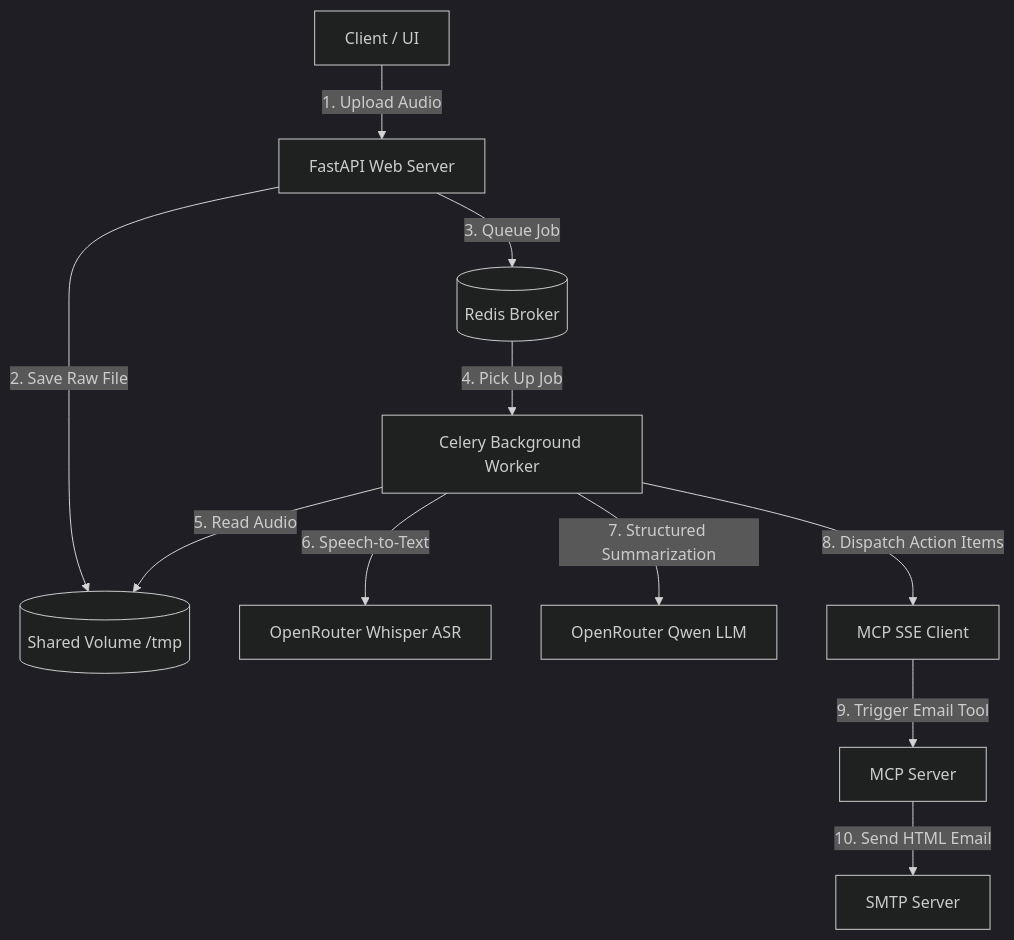
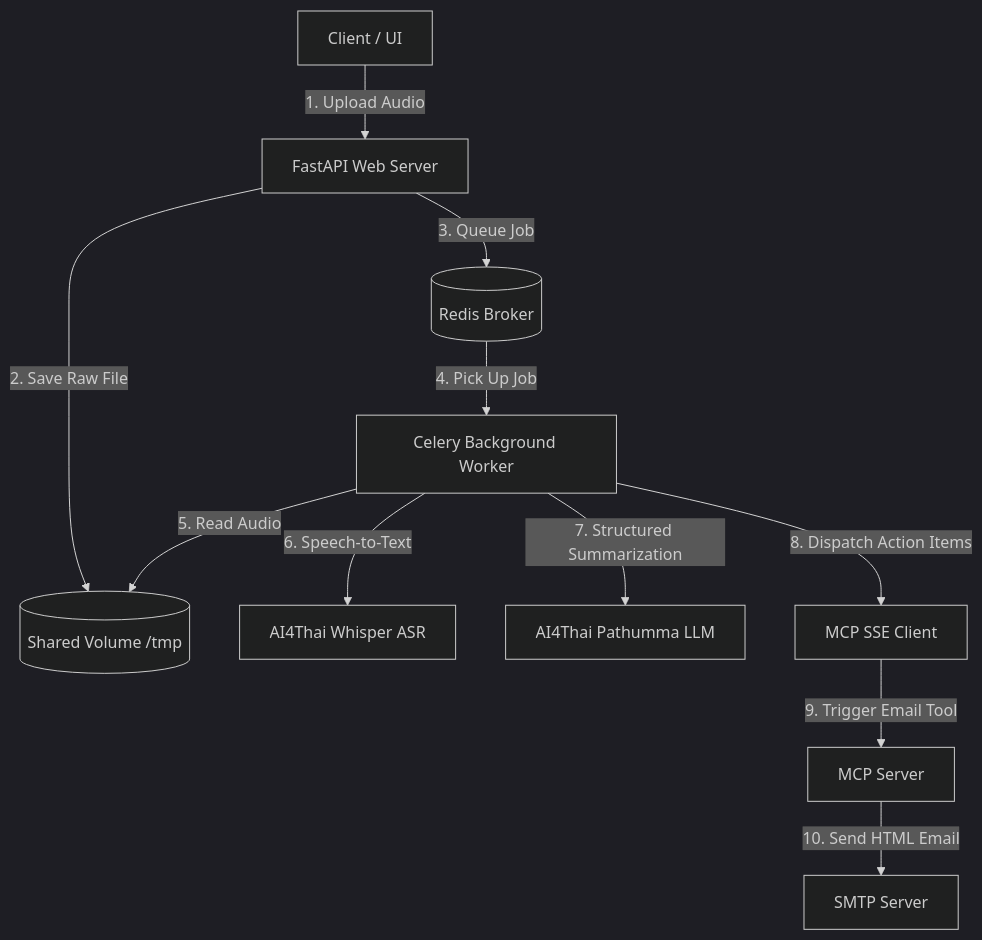
Before and after one commit to PaweekornS/SARA: the diagram in README.md, drawn with Mermaid (dark theme). The commit also changed other lines of this file and 3 other files, not shown here.

````diff
--- a/README.md
+++ b/README.md
@@ -7,13 +7,13 @@
 ```mermaid
 graph TD
     Client[Client / UI] -->|1. Upload Audio| API[FastAPI Web Server]
     API -->|2. Save Raw File| SharedTmp[(Shared Volume /tmp)]
     API -->|3. Queue Job| Redis[(Redis Broker)]
     Redis -->|4. Pick Up Job| Worker[Celery Background Worker]
     Worker -->|5. Read Audio| SharedTmp
-    Worker -->|6. Speech-to-Text| OpenRouterASR[OpenRouter Whisper ASR]
-    Worker -->|7. Structured Summarization| OpenRouterLLM[OpenRouter Qwen LLM]
+    Worker -->|6. Speech-to-Text| AI4ThaiASR[AI4Thai Whisper ASR]
+    Worker -->|7. Structured Summarization| AI4ThaiLLM[AI4Thai Pathumma LLM]
     Worker -->|8. Dispatch Action Items| MCPAgent[MCP SSE Client]
     MCPAgent -->|9. Trigger Email Tool| MCPServer[MCP Server]
     MCPServer -->|10. Send HTML Email| SMTP[SMTP Server]
 ```
````
